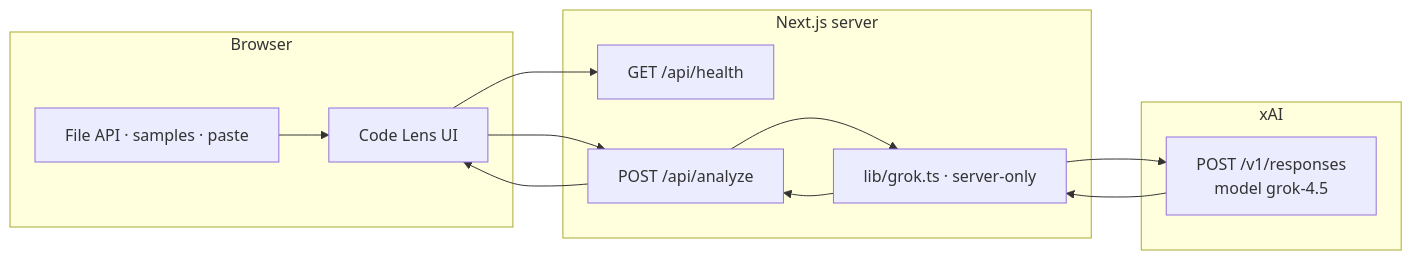
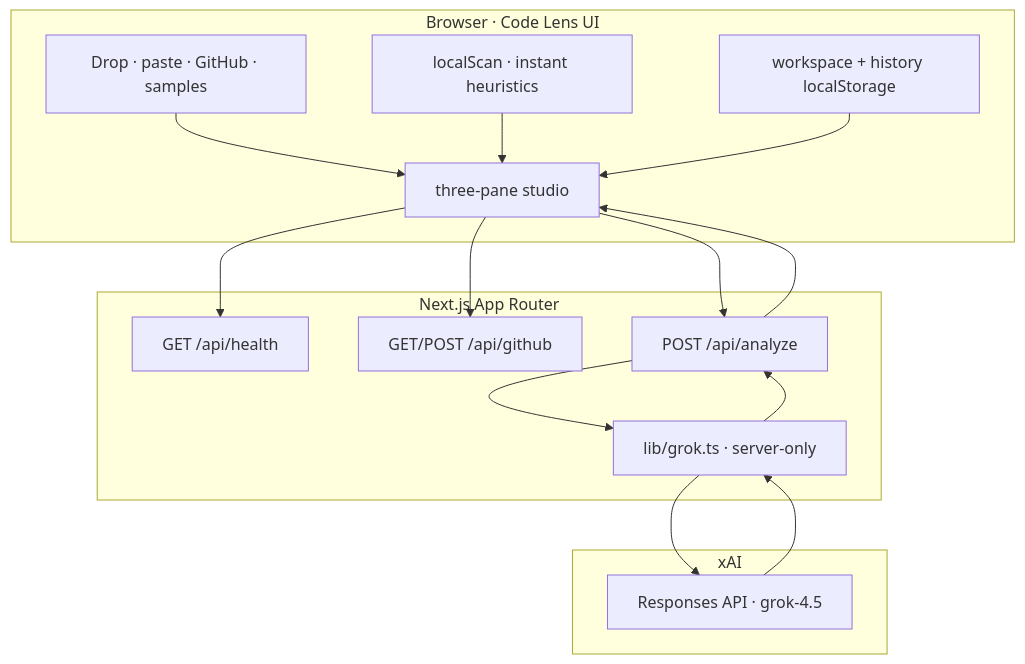
Before and after one commit to himanshu-nakrani/code-lens: the diagram in README.md, drawn with Mermaid. The commit also changed other lines of this file, not shown here.

````diff
--- a/README.md
+++ b/README.md
@@ -144,24 +190,32 @@
 ```mermaid
-flowchart LR
-  subgraph browser [Browser]
-    UI[Code Lens UI]
-    Files[File API · samples · paste]
+flowchart TB
+  subgraph client ["Browser · Code Lens UI"]
+    Ingest["Drop · paste · GitHub · samples"]
+    Local["localScan · instant heuristics"]
+    Workspace["workspace + history localStorage"]
+    UI["three-pane studio"]
   end
-  subgraph next [Next.js server]
+
+  subgraph server ["Next.js App Router"]
     Health["GET /api/health"]
+    GH["GET/POST /api/github"]
     Analyze["POST /api/analyze"]
     Grok["lib/grok.ts · server-only"]
   end
-  subgraph xai [xAI]
-    API["POST /v1/responses<br/>model grok-4.5"]
+
+  subgraph xai ["xAI"]
+    API["Responses API · grok-4.5"]
   end
 
-  Files --> UI
+  Ingest --> UI
+  Local --> UI
+  Workspace --> UI
+  UI --> Health
+  UI --> GH
   UI --> Analyze
-  UI --> Health
   Analyze --> Grok
   Grok --> API
   API --> Grok
   Grok --> Analyze
   Analyze --> UI
 ```
````
